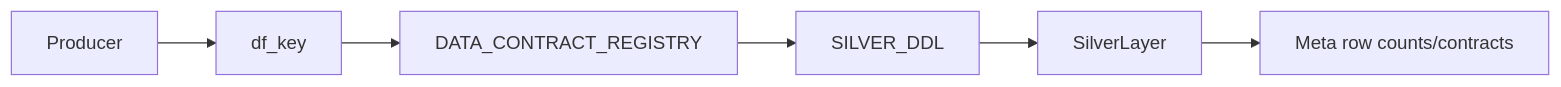
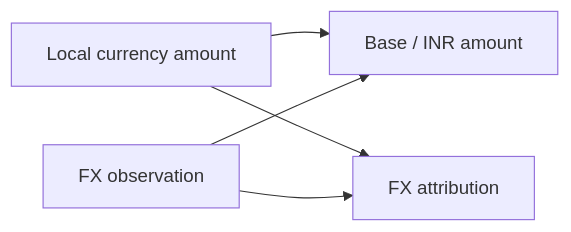
One commit to tks18/personal-finance-etl changed the fourth of 6 diagrams in docs/developer/adding-transformations.md. Above: the diagram before and after it, drawn with Mermaid. The commit also changed other lines of this file and 8 other files, not shown here.

````diff
--- a/docs/developer/adding-transformations.md
+++ b/docs/developer/adding-transformations.md
@@ -137,8 +313,12 @@
 ```mermaid
 flowchart LR
-    P[Producer] --> K[df_key]
-    K --> R[DATA_CONTRACT_REGISTRY]
-    R --> D[SILVER_DDL]
-    D --> L[SilverLayer]
-    L --> M[Meta row counts/contracts]
+    LOCAL[Local currency amount]
+    FX[FX observation]
+    BASE[Base / INR amount]
+    ATTR[FX attribution]
+
+    LOCAL --> BASE
+    FX --> BASE
+    LOCAL --> ATTR
+    FX --> ATTR
 ```
````
